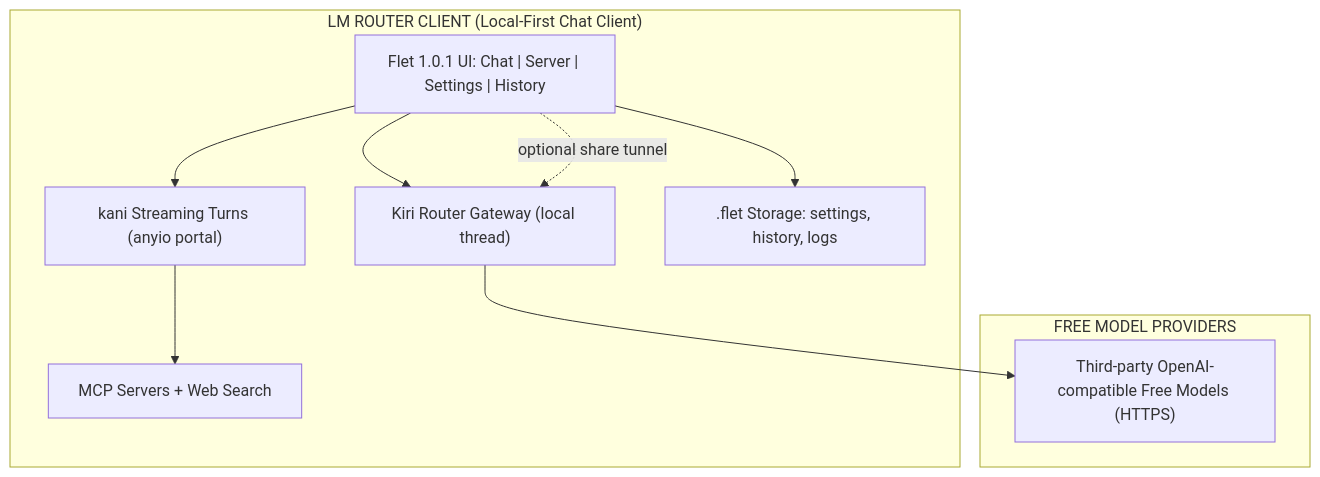
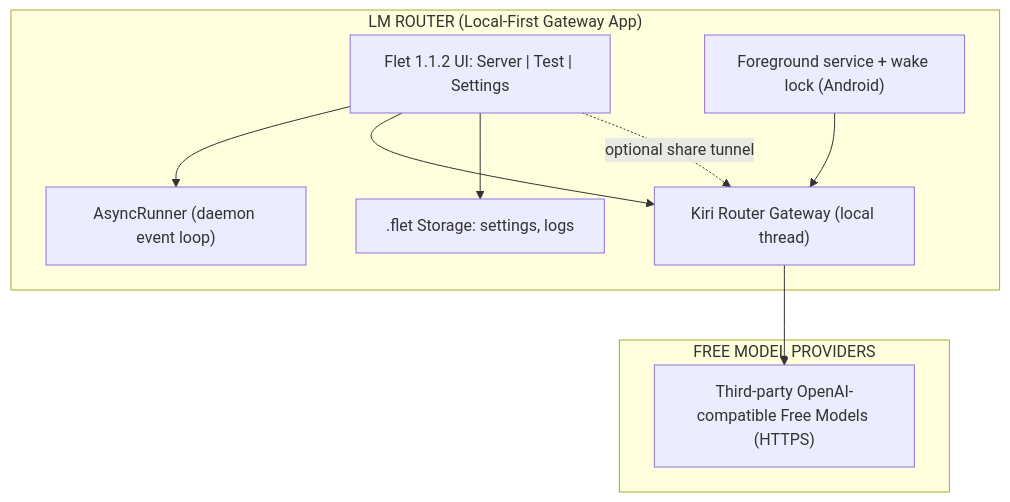
One commit to Nwokike/lm-router changed the diagram in README.md. Above: the diagram before and after it, drawn with Mermaid. The commit also changed other lines of this file, not shown here.

Commit message:
docs: README matches the gateway-first app — no chat/kani/MCP, Test tab, keep-alive, current stack

````diff
--- a/README.md
+++ b/README.md
@@ -134,21 +99,21 @@
 ```mermaid
 graph TB
-    subgraph LMROUTER_CLIENT ["LM ROUTER CLIENT (Local-First Chat Client)"]
-        UI["Flet 1.0.1 UI: Chat | Server | Settings | History"]
-        Chat["kani Streaming Turns (anyio portal)"]
-        Tools["MCP Servers + Web Search"]
+    subgraph LMROUTER ["LM ROUTER (Local-First Gateway App)"]
+        UI["Flet 1.1.2 UI: Server | Test | Settings"]
+        Runner["AsyncRunner (daemon event loop)"]
         Gateway["Kiri Router Gateway (local thread)"]
-        Storage[".flet Storage: settings, history, logs"]
-        UI --> Chat
-        Chat --> Tools
+        KeepAlive["Foreground service + wake lock (Android)"]
+        Storage[".flet Storage: settings, logs"]
+        UI --> Runner
         UI --> Gateway
         UI --> Storage
+        KeepAlive --> Gateway
     end
 
     subgraph MODELS ["FREE MODEL PROVIDERS"]
         Free["Third-party OpenAI-compatible Free Models (HTTPS)"]
     end
 
     Gateway --> Free
     UI -. "optional share tunnel" .-> Gateway
 ```
````
